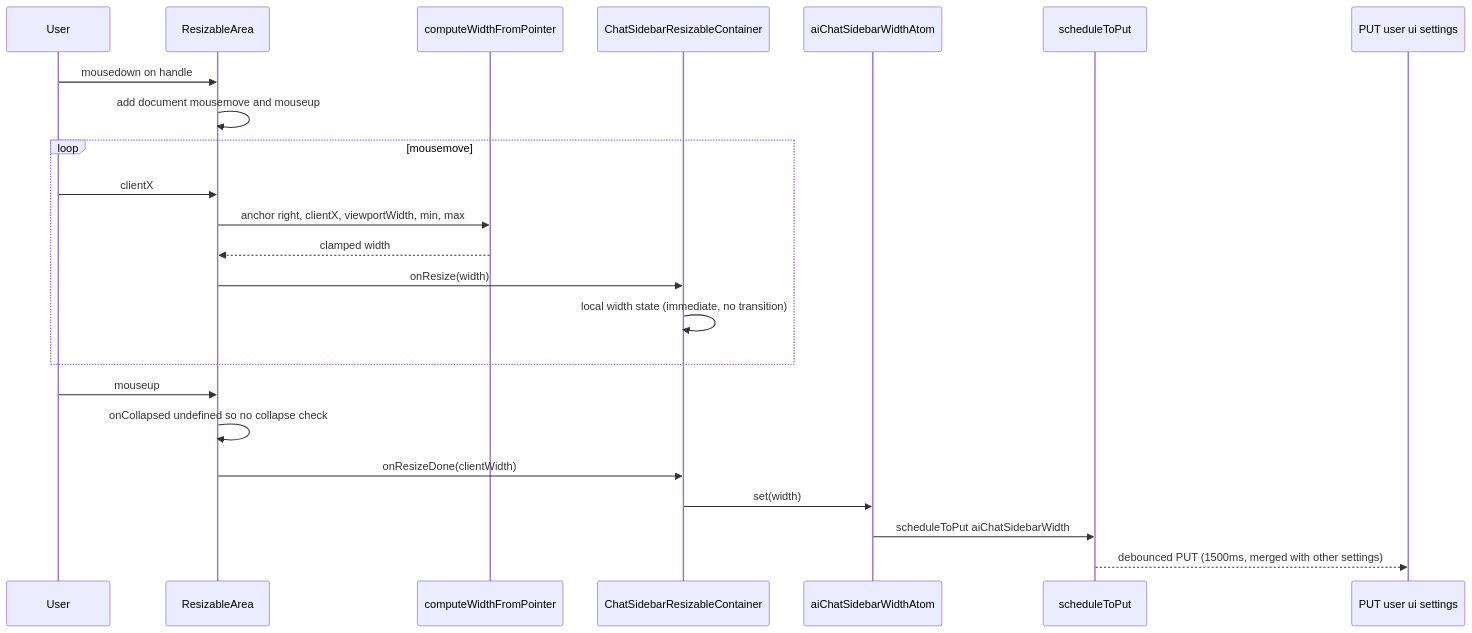
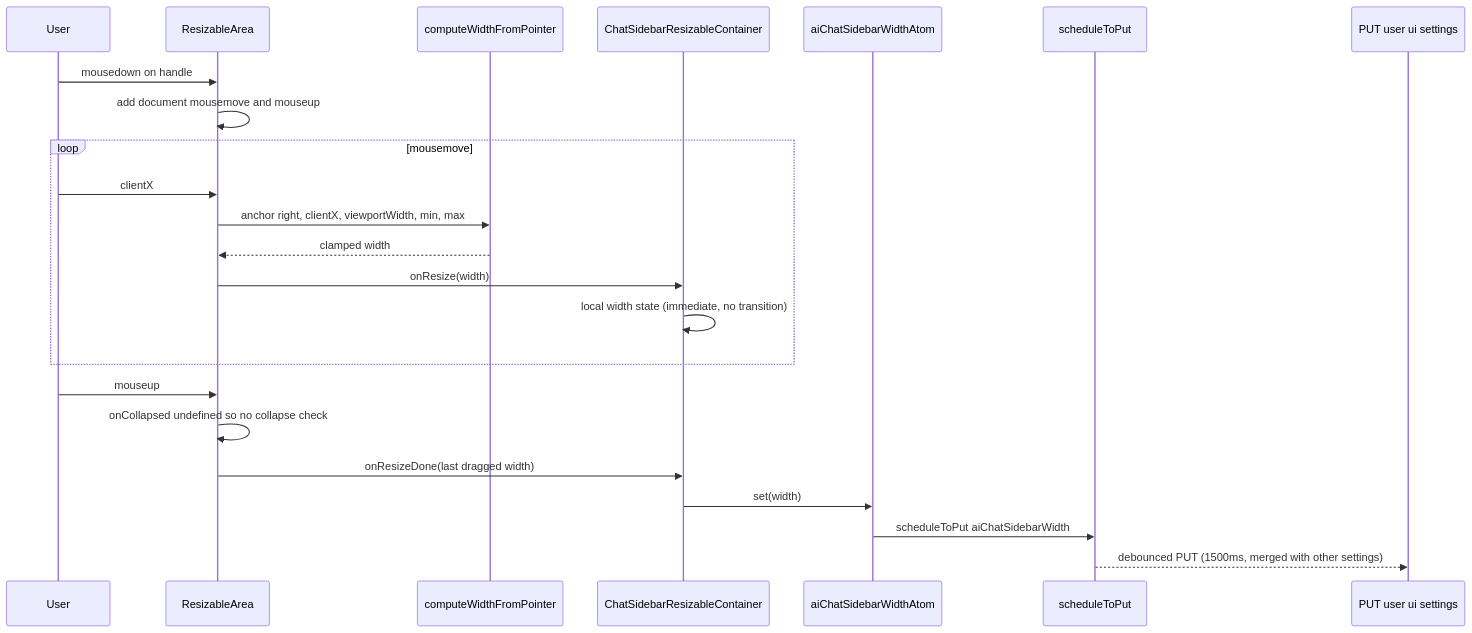
Before and after one commit to weseek/growi: the second of 2 diagrams in .kiro/specs/ai-chat-sidebar-resize/design.md, drawn with Mermaid. The commit also changed other lines of this file and 5 other files, not shown here.

````diff
--- a/.kiro/specs/ai-chat-sidebar-resize/design.md
+++ b/.kiro/specs/ai-chat-sidebar-resize/design.md
@@ -156,26 +156,26 @@
 ```mermaid
 sequenceDiagram
     participant U as User
     participant RA as ResizableArea
     participant CW as computeWidthFromPointer
     participant CRC as ChatSidebarResizableContainer
     participant WA as aiChatSidebarWidthAtom
     participant SP as scheduleToPut
     participant API as PUT user ui settings
 
     U->>RA: mousedown on handle
     RA->>RA: add document mousemove and mouseup
     loop mousemove
         U->>RA: clientX
         RA->>CW: anchor right, clientX, viewportWidth, min, max
         CW-->>RA: clamped width
         RA->>CRC: onResize(width)
         CRC->>CRC: local width state (immediate, no transition)
     end
     U->>RA: mouseup
     RA->>RA: onCollapsed undefined so no collapse check
-    RA->>CRC: onResizeDone(clientWidth)
+    RA->>CRC: onResizeDone(last dragged width)
     CRC->>WA: set(width)
     WA->>SP: scheduleToPut aiChatSidebarWidth
     SP-->>API: debounced PUT (1500ms, merged with other settings)
 ```
````
